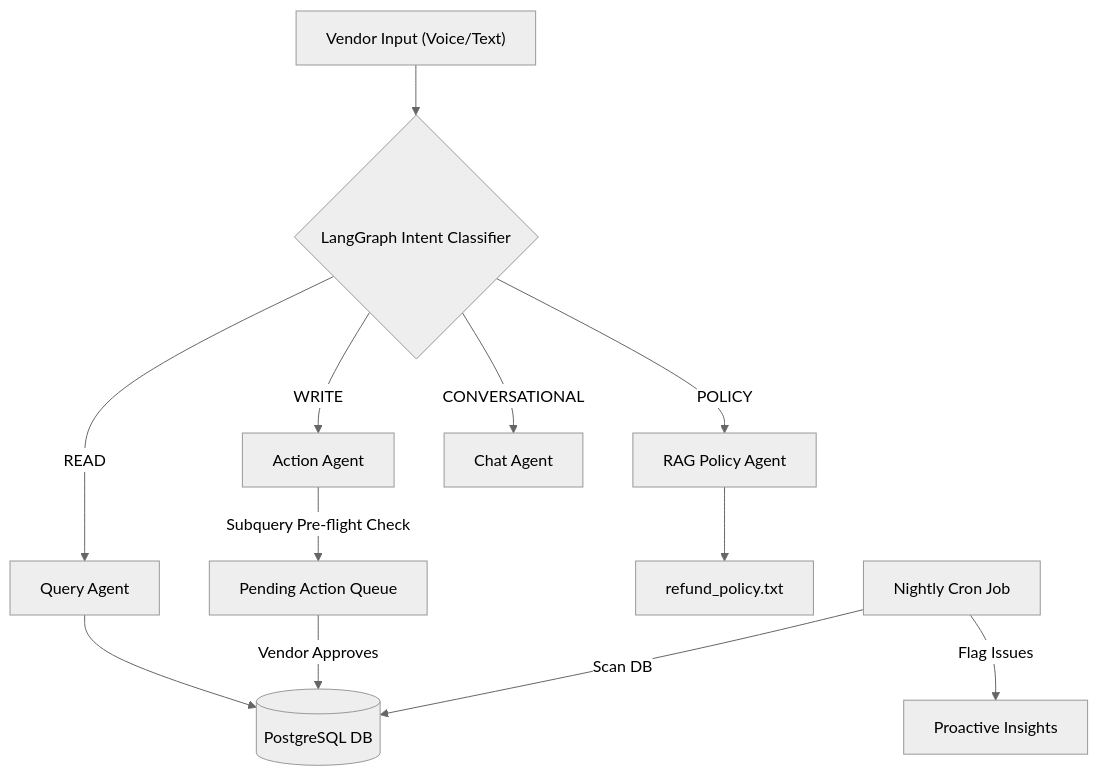
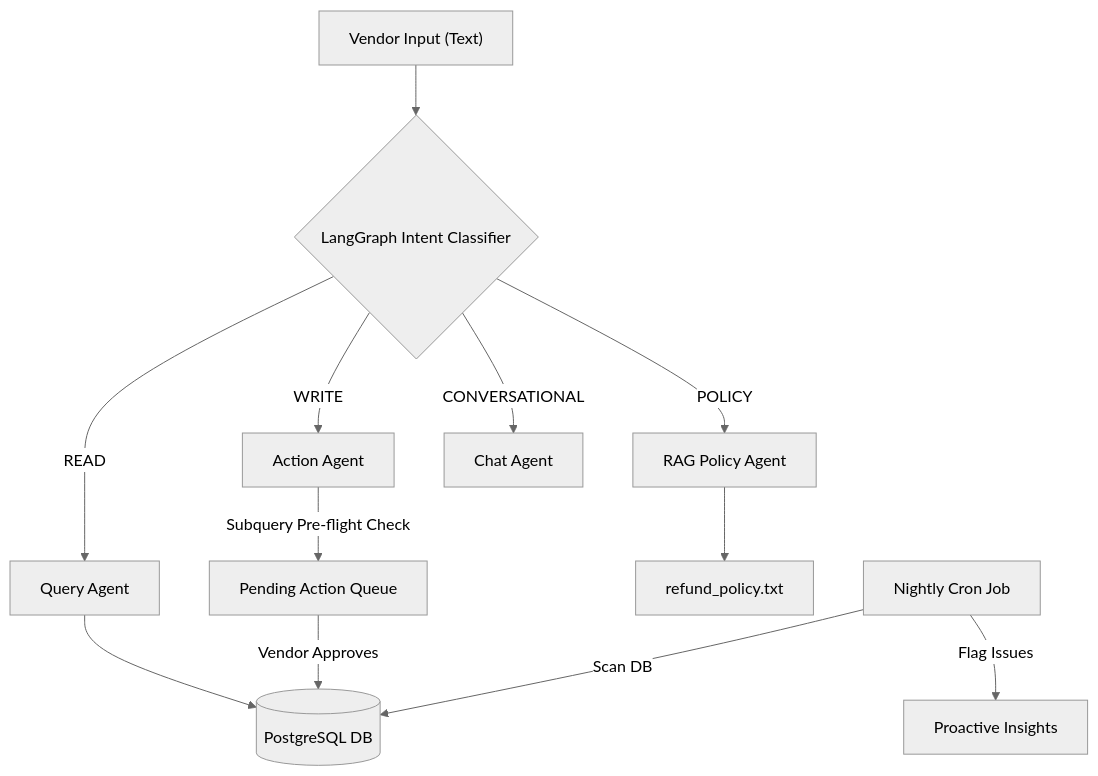
One commit to SohamManik/sports-facility-ai-copilot changed the diagram in README.md. Above: the diagram before and after it, drawn with Mermaid (neutral theme). The commit also changed other lines of this file and 2 other files, not shown here.

Commit message:
chore: remove unused voice transcription logic and update live URL

````diff
--- a/README.md
+++ b/README.md
@@ -31,18 +30,18 @@
 ```mermaid
 graph TD
-    A["Vendor Input (Voice/Text)"] --> B{"LangGraph Intent Classifier"}
+    A["Vendor Input (Text)"] --> B{"LangGraph Intent Classifier"}
     
     B -->|READ| C["Query Agent"]
     B -->|WRITE| D["Action Agent"]
     B -->|POLICY| E["RAG Policy Agent"]
     B -->|CONVERSATIONAL| F["Chat Agent"]
     
     C --> G[("PostgreSQL DB")]
     D --> |Subquery Pre-flight Check| H["Pending Action Queue"]
     H --> |Vendor Approves| G
     
     E --> I["refund_policy.txt"]
     
     J["Nightly Cron Job"] --> |Scan DB| G
     J --> |Flag Issues| K["Proactive Insights"]
 ```
````
